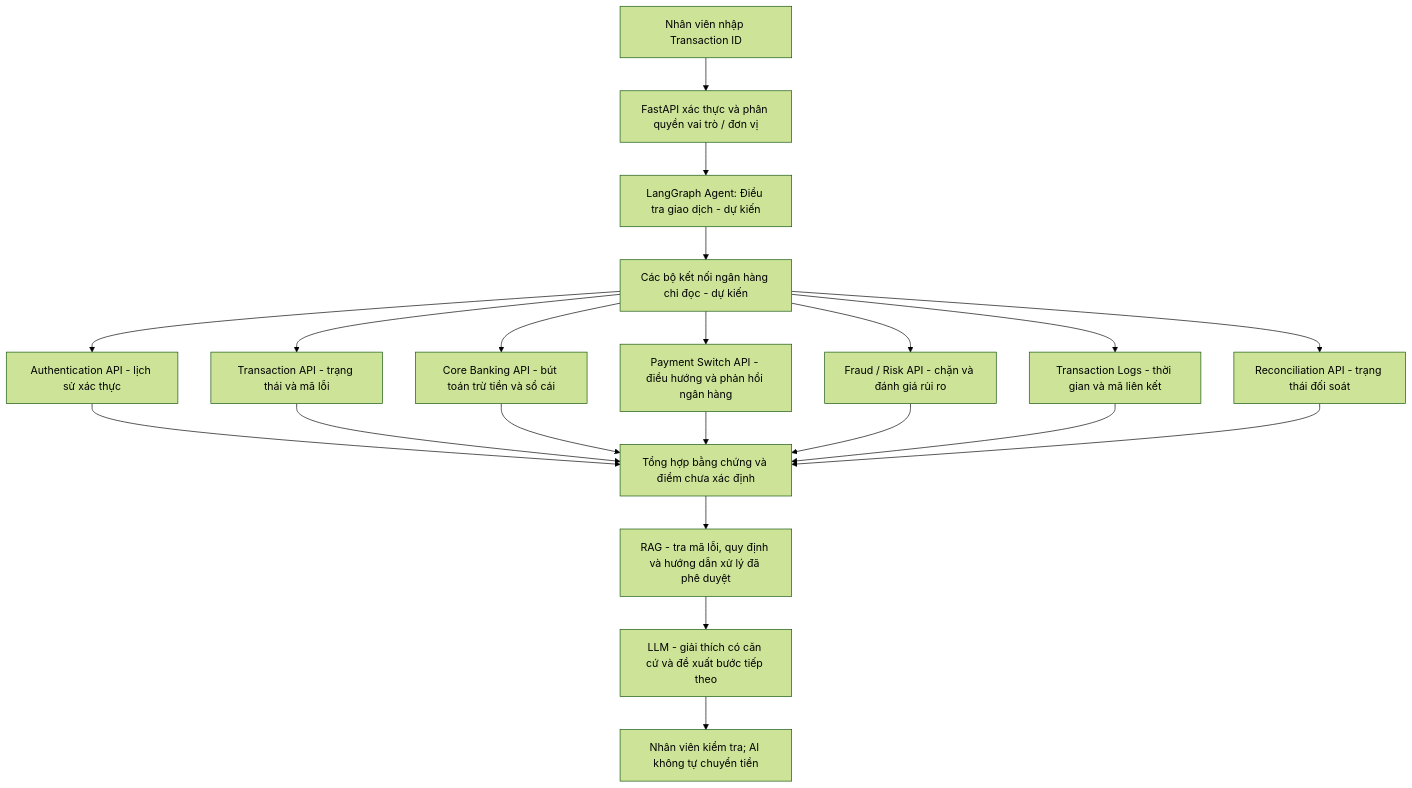
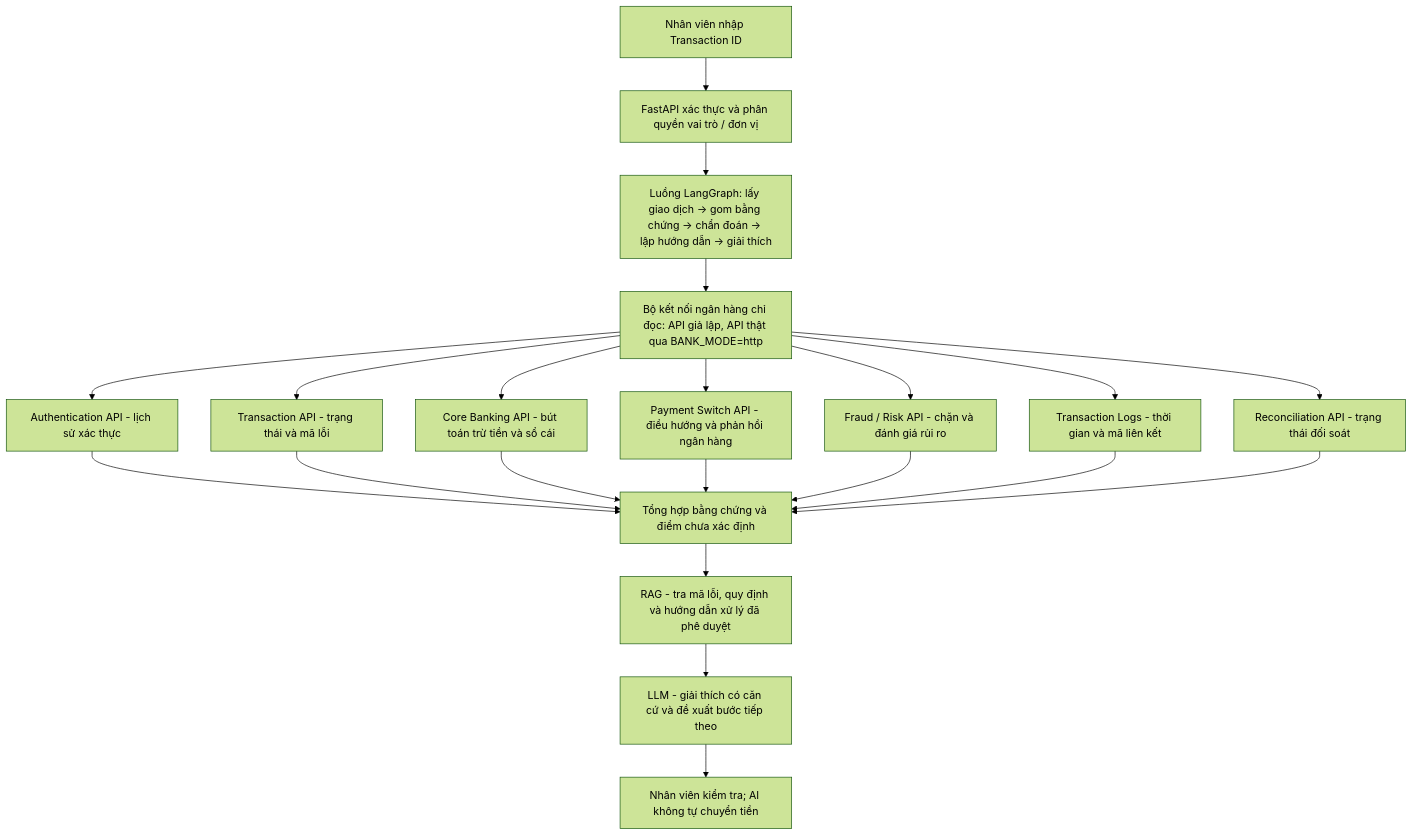
One commit to ydangishere/dev-projects changed the first of 2 diagrams in mms-ai-checker/README.vi.md. Above: the diagram before and after it, drawn with Mermaid (forest theme). The commit also changed other lines of this file and 37 other files, not shown here.

````diff
--- a/mms-ai-checker/README.vi.md
+++ b/mms-ai-checker/README.vi.md
@@ -63,23 +63,23 @@
 ```mermaid
 flowchart TD
     A[Nhân viên nhập Transaction ID] --> B[FastAPI xác thực và phân quyền vai trò / đơn vị]
-    B --> C[LangGraph Agent: Điều tra giao dịch - dự kiến]
-    C --> D[Các bộ kết nối ngân hàng chỉ đọc - dự kiến]
+    B --> C[Luồng LangGraph: lấy giao dịch → gom bằng chứng → chẩn đoán → lập hướng dẫn → giải thích]
+    C --> D[Bộ kết nối ngân hàng chỉ đọc: API giả lập, API thật qua BANK_MODE=http]
     D --> E1[Authentication API - lịch sử xác thực]
     D --> E2[Transaction API - trạng thái và mã lỗi]
     D --> E3[Core Banking API - bút toán trừ tiền và sổ cái]
     D --> E4[Payment Switch API - điều hướng và phản hồi ngân hàng]
     D --> E5[Fraud / Risk API - chặn và đánh giá rủi ro]
     D --> E6[Transaction Logs - thời gian và mã liên kết]
     D --> E7[Reconciliation API - trạng thái đối soát]
     E1 --> F[Tổng hợp bằng chứng và điểm chưa xác định]
     E2 --> F
     E3 --> F
     E4 --> F
     E5 --> F
     E6 --> F
     E7 --> F
     F --> G[RAG - tra mã lỗi, quy định và hướng dẫn xử lý đã phê duyệt]
     G --> H[LLM - giải thích có căn cứ và đề xuất bước tiếp theo]
     H --> I[Nhân viên kiểm tra; AI không tự chuyển tiền]
 ```
````
